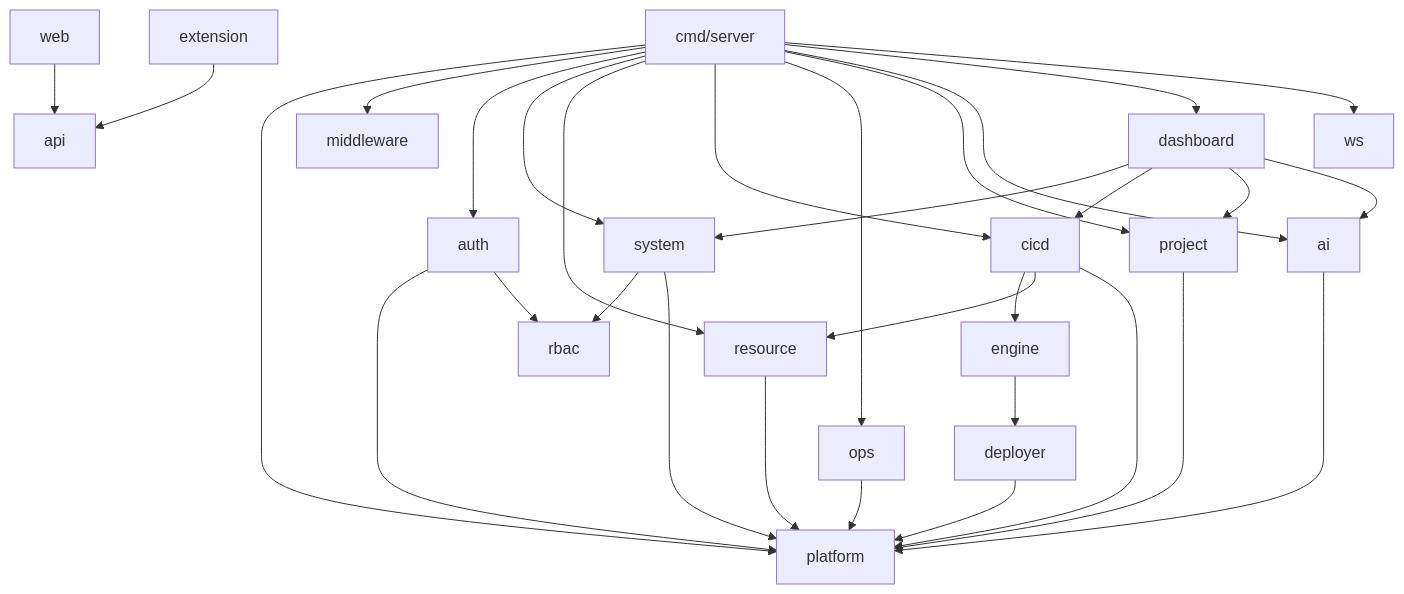
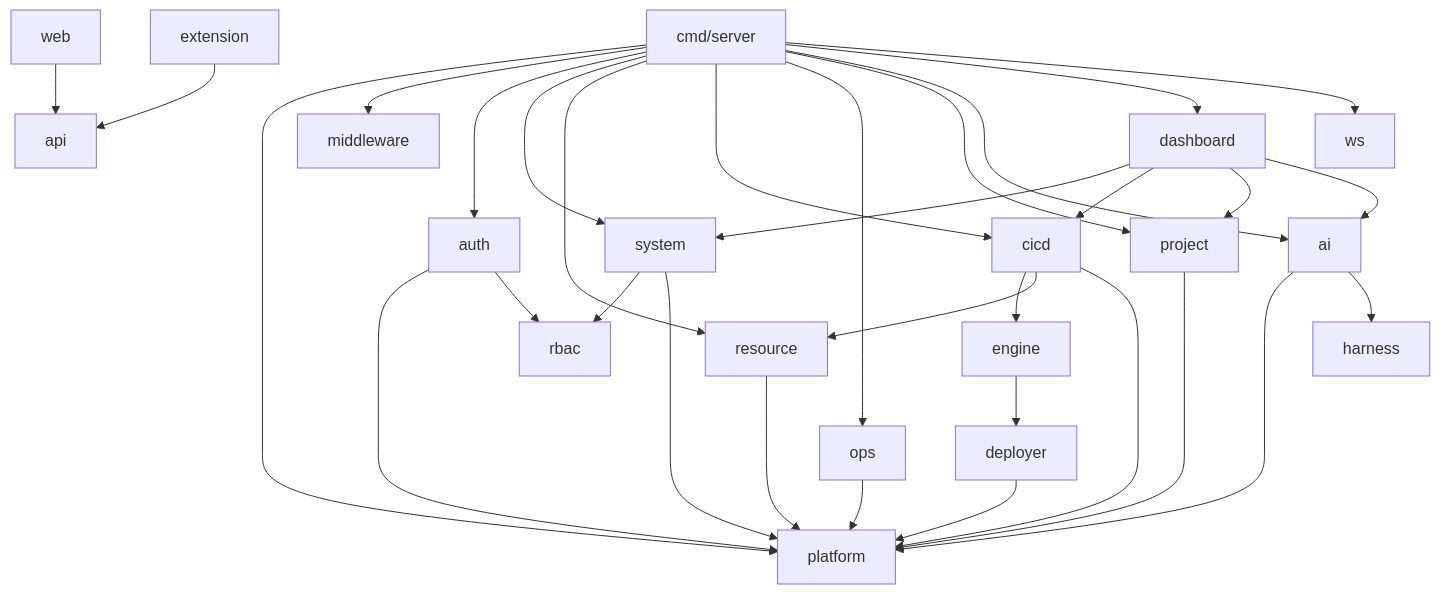
The diagram in .agents/docs/CODE-MAP.md (cabinet-fe/bedrock), drawn with Mermaid before and after one commit. The commit also changed other lines of this file and 30 other files, not shown here.

````diff
--- a/.agents/docs/CODE-MAP.md
+++ b/.agents/docs/CODE-MAP.md
@@ -91,33 +91,34 @@
 ```mermaid
 graph TD
   server[cmd/server] --> platform
   server --> middleware
   server --> auth
   server --> system
   server --> resource
   server --> cicd
   server --> ops
   server --> project
   server --> ai
   server --> dashboard
   server --> ws
   auth --> platform
   auth --> rbac
   system --> rbac
   system --> platform
   resource --> platform
   cicd --> engine
   cicd --> resource
   cicd --> platform
   engine --> deployer
   deployer --> platform
   ops --> platform
   project --> platform
   ai --> platform
+  ai --> harness
   dashboard --> system
   dashboard --> cicd
   dashboard --> project
   dashboard --> ai
   web --> api
   extension --> api
 ```
````
